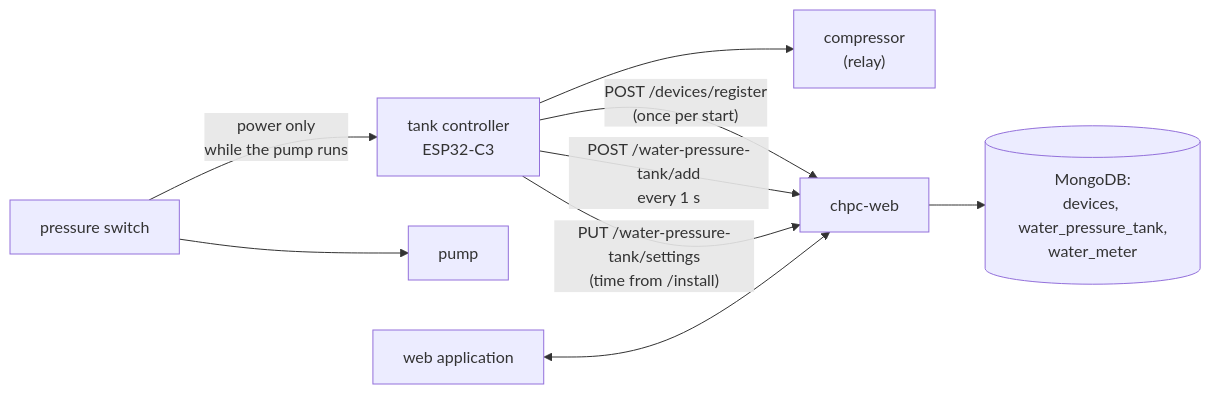
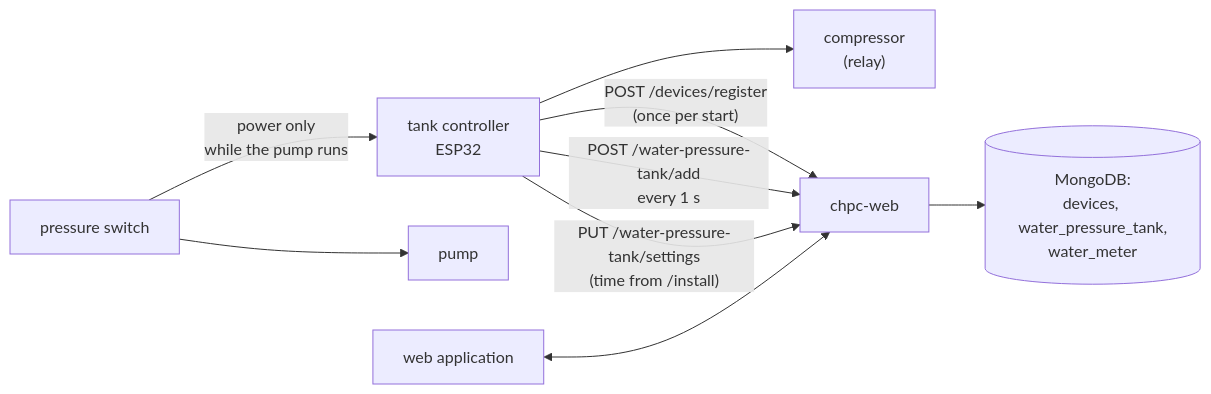
One commit to robertorlowski/chpc-web changed the first of 5 diagrams in docs/en/moduly/water-pressure-tank/2-how-it-works.md. Above: the diagram before and after it, drawn with Mermaid. The commit also changed other lines of this file and 53 other files, not shown here.

````diff
--- a/docs/en/moduly/water-pressure-tank/2-how-it-works.md
+++ b/docs/en/moduly/water-pressure-tank/2-how-it-works.md
@@ -7,11 +7,11 @@
 ```mermaid
 flowchart LR
-    PS["pressure switch"] -- "power only<br/>while the pump runs" --> ESP["tank controller<br/>ESP32-C3"]
+    PS["pressure switch"] -- "power only<br/>while the pump runs" --> ESP["tank controller<br/>ESP32"]
     PS --> PUMP["pump"]
     ESP --> COMP["compressor<br/>(relay)"]
     ESP -- "POST /devices/register<br/>(once per start)" --> SRV["chpc-web"]
     ESP -- "POST /water-pressure-tank/add<br/>every 1 s" --> SRV
     ESP -- "PUT /water-pressure-tank/settings<br/>(time from /install)" --> SRV
     SRV --> DB[("MongoDB:<br/>devices, water_pressure_tank,<br/>water_meter")]
     WEB["web application"] <--> SRV
 ```
````
